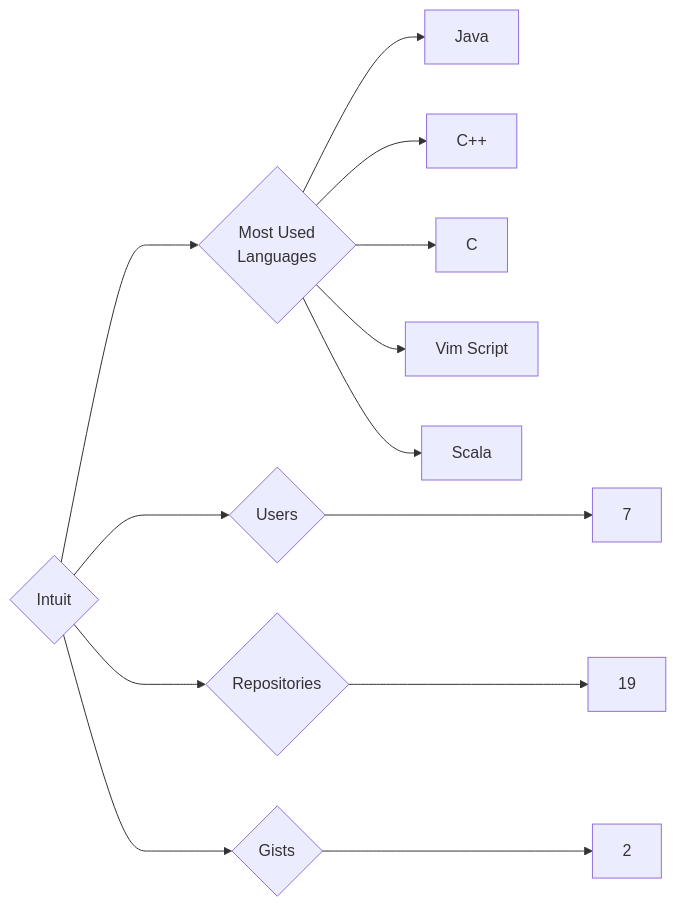
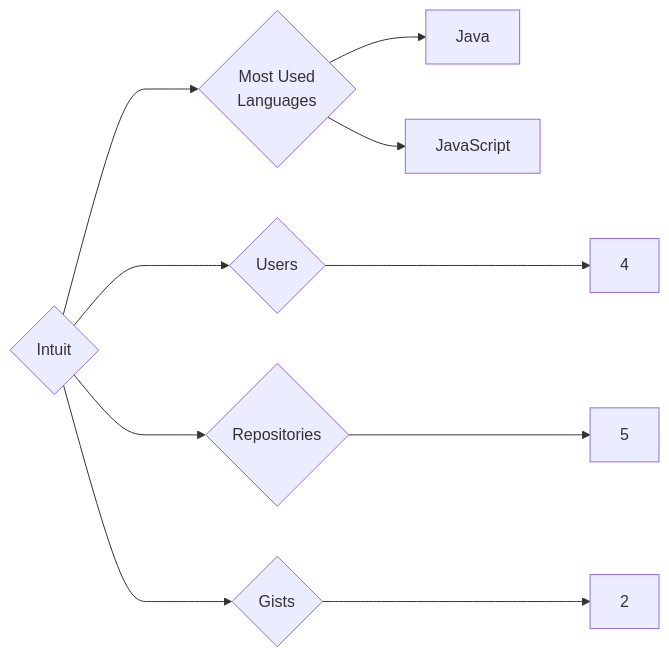
The diagram in targets/Intuit/README.md (trickest/insiders), drawn with Mermaid before and after one commit. The commit also changed 724 other files, not shown here.

````diff
--- a/targets/Intuit/README.md
+++ b/targets/Intuit/README.md
@@ -3,13 +3,10 @@
 ```mermaid
 graph LR
 COMPANY_NAME{Intuit}
-COMPANY_NAME ---> U{Users} ---> UN[7]
-COMPANY_NAME ---> R{Repositories} ---> RN[19]
+COMPANY_NAME ---> U{Users} ---> UN[4]
+COMPANY_NAME ---> R{Repositories} ---> RN[5]
 COMPANY_NAME ---> G{Gists} ---> GN[2]
 COMPANY_NAME ---> ML{Most Used<br>Languages}
 ML --> Java[Java]
-ML --> C++[C++]
-ML --> C[C]
-ML --> Vim_Script[Vim Script]
-ML --> Scala[Scala]
+ML --> JavaScript[JavaScript]
 ```
````
